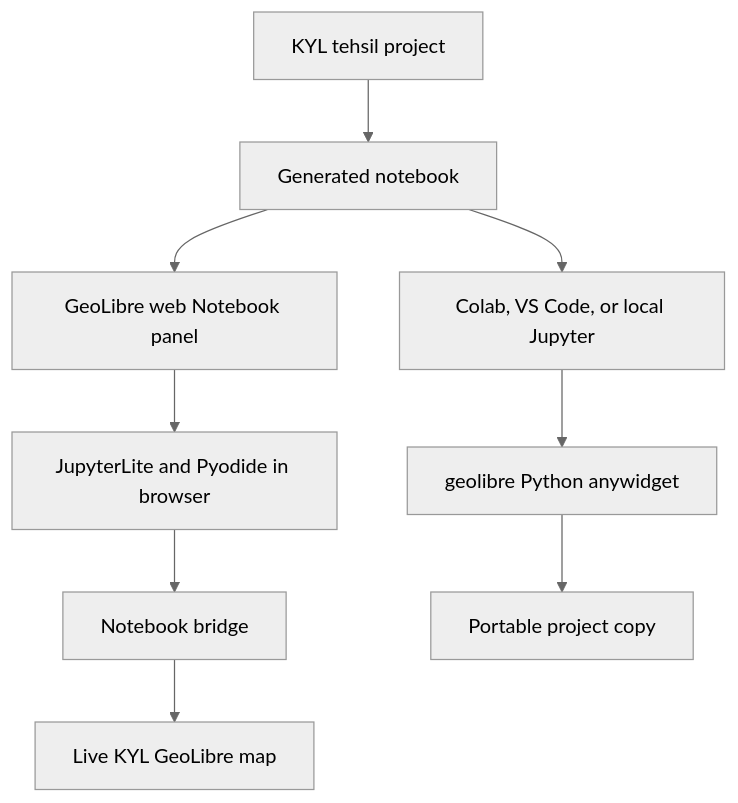
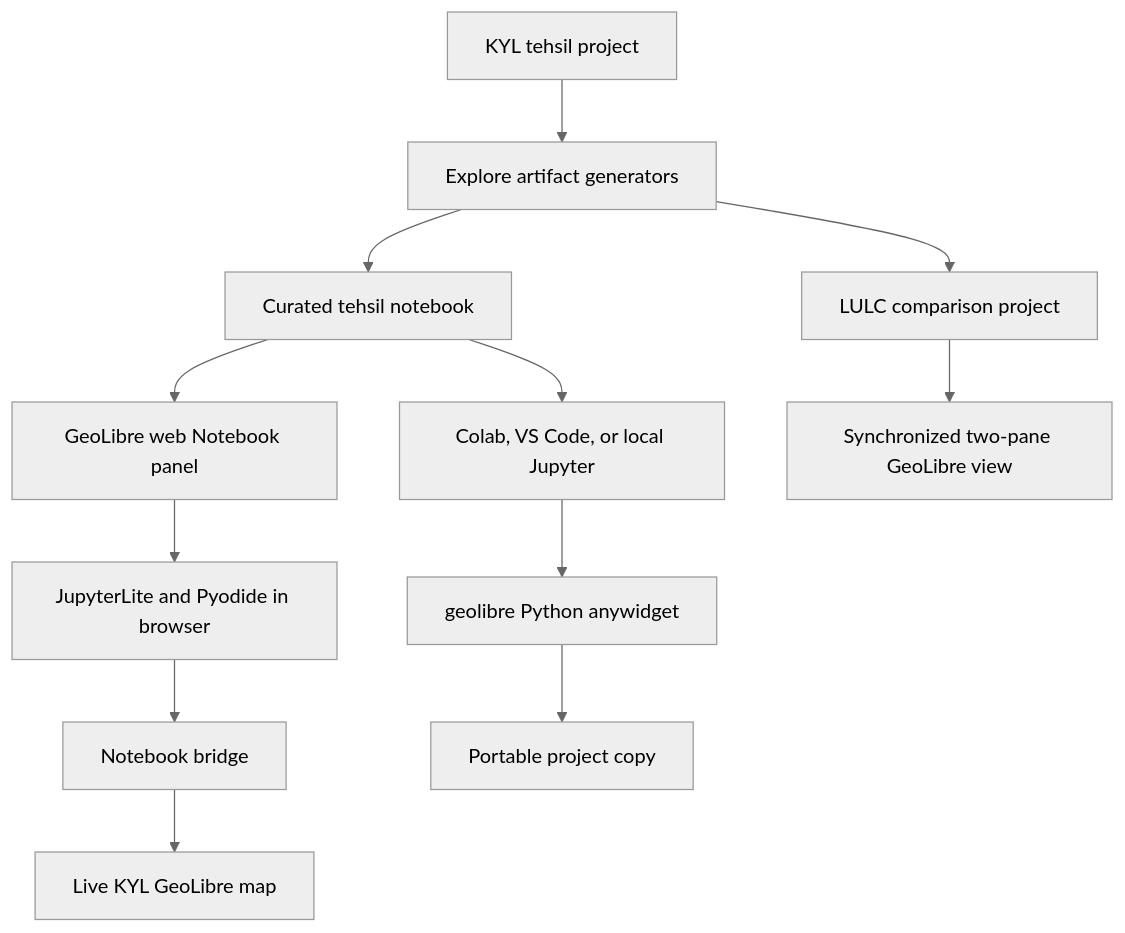
Before and after one commit to core-stack-org/landscape-explorer: the third of 3 diagrams in src/components/geolibre/README.md, drawn with Mermaid (neutral theme). The commit also changed other lines of this file and 10 other files, not shown here.

Commit message:
Add CoRE Stack GeoLibre Explore workbench

````diff
--- a/src/components/geolibre/README.md
+++ b/src/components/geolibre/README.md
@@ -95,11 +112,14 @@
 ```mermaid
 flowchart TD
-    A[KYL tehsil project] --> B[Generated notebook]
-    B --> C[GeoLibre web Notebook panel]
-    C --> D[JupyterLite and Pyodide in browser]
-    D --> E[Notebook bridge]
-    E --> F[Live KYL GeoLibre map]
-    B --> G[Colab, VS Code, or local Jupyter]
-    G --> H[geolibre Python anywidget]
-    H --> I[Portable project copy]
+    A[KYL tehsil project] --> B[Explore artifact generators]
+    B --> C[Curated tehsil notebook]
+    C --> D[GeoLibre web Notebook panel]
+    D --> E[JupyterLite and Pyodide in browser]
+    E --> F[Notebook bridge]
+    F --> G[Live KYL GeoLibre map]
+    B --> H[LULC comparison project]
+    H --> I[Synchronized two-pane GeoLibre view]
+    C --> J[Colab, VS Code, or local Jupyter]
+    J --> K[geolibre Python anywidget]
+    K --> L[Portable project copy]
 ```
````
